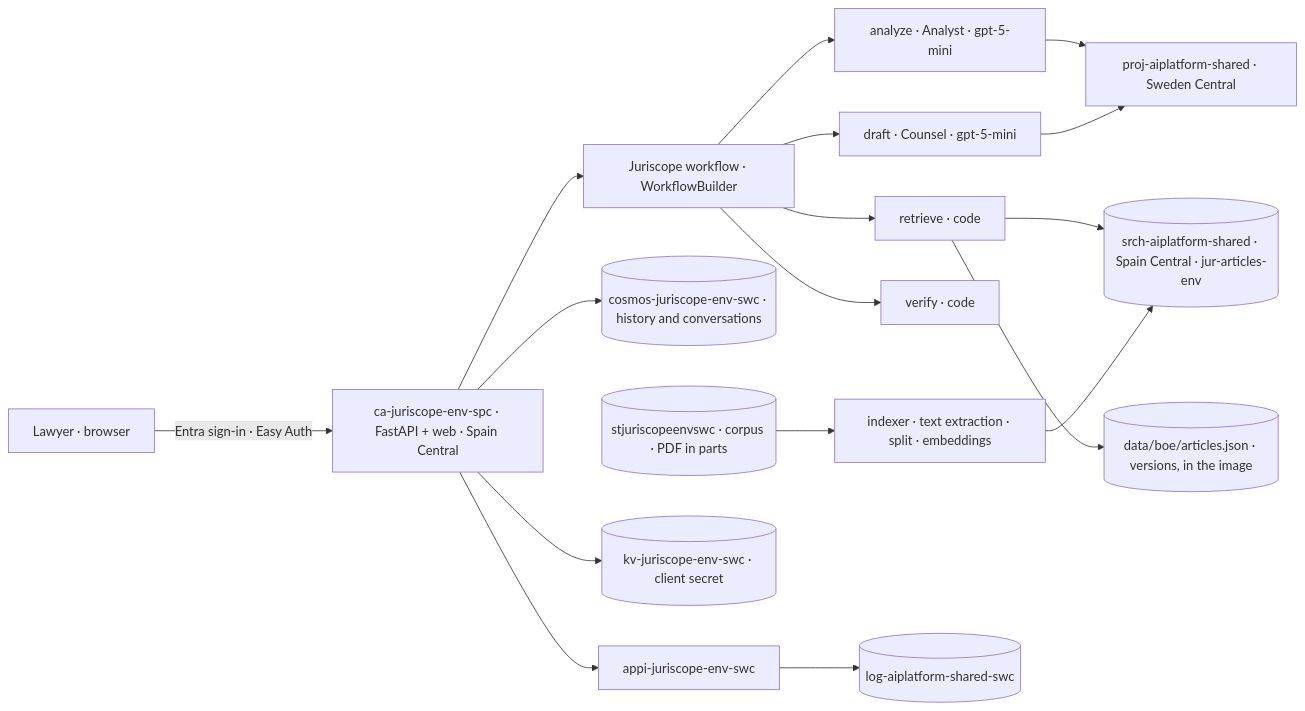
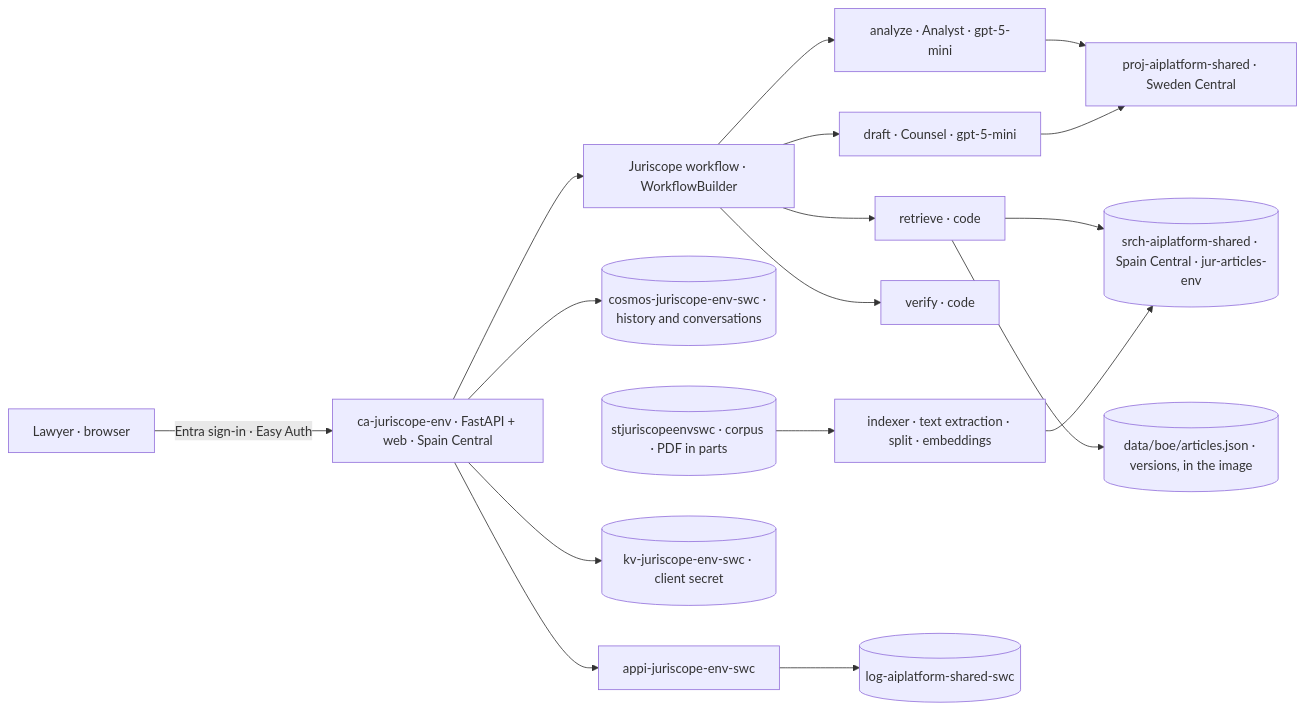
The diagram in docs/architecture.md (Rodrigo-GomezdelMoral/product-legal-juriscope), drawn with Mermaid before and after one commit. The commit also changed other lines of this file and 11 other files, not shown here.

````diff
--- a/docs/architecture.md
+++ b/docs/architecture.md
@@ -3,16 +3,16 @@
 ```mermaid
 graph LR
-    U["Lawyer · browser"] -->|Entra sign-in · Easy Auth| CA["ca-juriscope-env-spc · FastAPI + web · Spain Central"]
+    U["Lawyer · browser"] -->|Entra sign-in · Easy Auth| CA["ca-juriscope-env · FastAPI + web · Spain Central"]
     CA --> WF["Juriscope workflow · WorkflowBuilder"]
     WF --> AN["analyze · Analyst · gpt-5-mini"]
     WF --> RT["retrieve · code"]
     WF --> DR["draft · Counsel · gpt-5-mini"]
     WF --> VF["verify · code"]
     RT --> SRCH[("srch-aiplatform-shared · Spain Central · jur-articles-env")]
     RT --> STORE[("data/boe/articles.json · versions, in the image")]
     CA --> COSMOS[("cosmos-juriscope-env-swc · history and conversations")]
     AN & DR --> FDRY["proj-aiplatform-shared · Sweden Central"]
     BLOB[("stjuriscopeenvswc · corpus · PDF in parts")] --> IDXR["indexer · text extraction · split · embeddings"] --> SRCH
     CA --> KV[("kv-juriscope-env-swc · client secret")]
     CA --> APPI["appi-juriscope-env-swc"] --> LAW[("log-aiplatform-shared-swc")]
 ```
````
